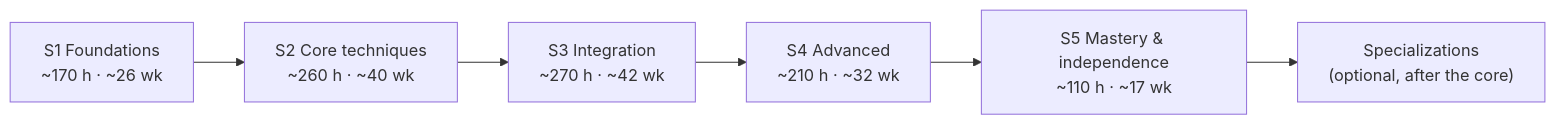
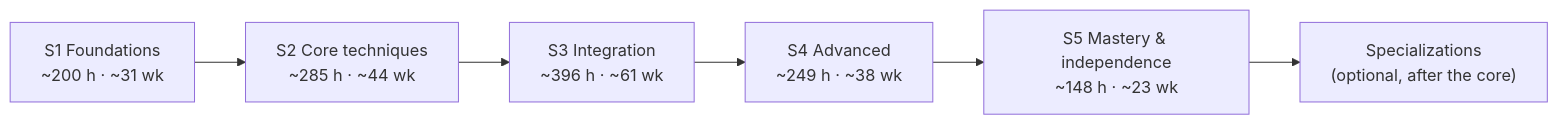
The first of 2 diagrams in curriculum/01-vision-architecture.md (PotentPlum/culinary_guide), drawn with Mermaid before and after one commit. The commit also changed other lines of this file and 12 other files, not shown here.

````diff
--- a/curriculum/01-vision-architecture.md
+++ b/curriculum/01-vision-architecture.md
@@ -413,8 +417,8 @@
 ```mermaid
 flowchart LR
-  S1["S1 Foundations<br/>~170 h · ~26 wk"] --> S2["S2 Core techniques<br/>~260 h · ~40 wk"]
-  S2 --> S3["S3 Integration<br/>~270 h · ~42 wk"]
-  S3 --> S4["S4 Advanced<br/>~210 h · ~32 wk"]
-  S4 --> S5["S5 Mastery & independence<br/>~110 h · ~17 wk"]
+  S1["S1 Foundations<br/>~200 h · ~31 wk"] --> S2["S2 Core techniques<br/>~285 h · ~44 wk"]
+  S2 --> S3["S3 Integration<br/>~396 h · ~61 wk"]
+  S3 --> S4["S4 Advanced<br/>~249 h · ~38 wk"]
+  S4 --> S5["S5 Mastery & independence<br/>~148 h · ~23 wk"]
   S5 --> SP["Specializations<br/>(optional, after the core)"]
 ```
````
